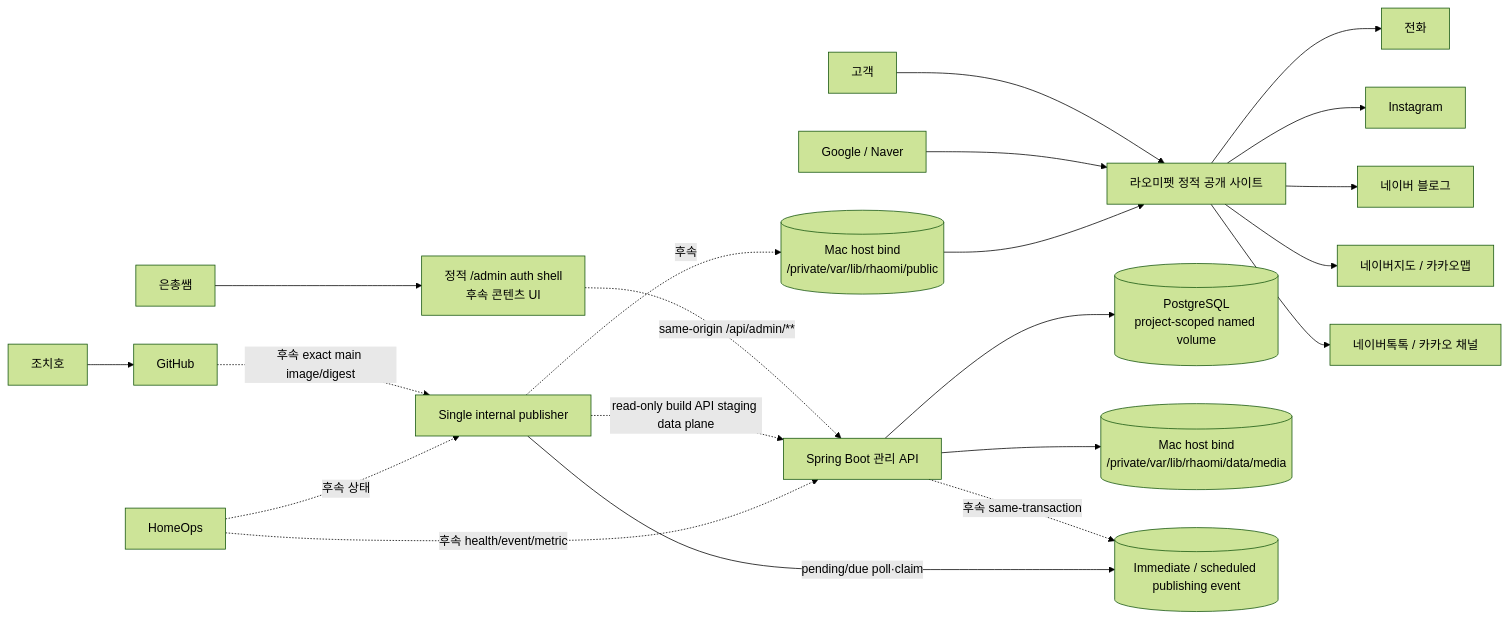
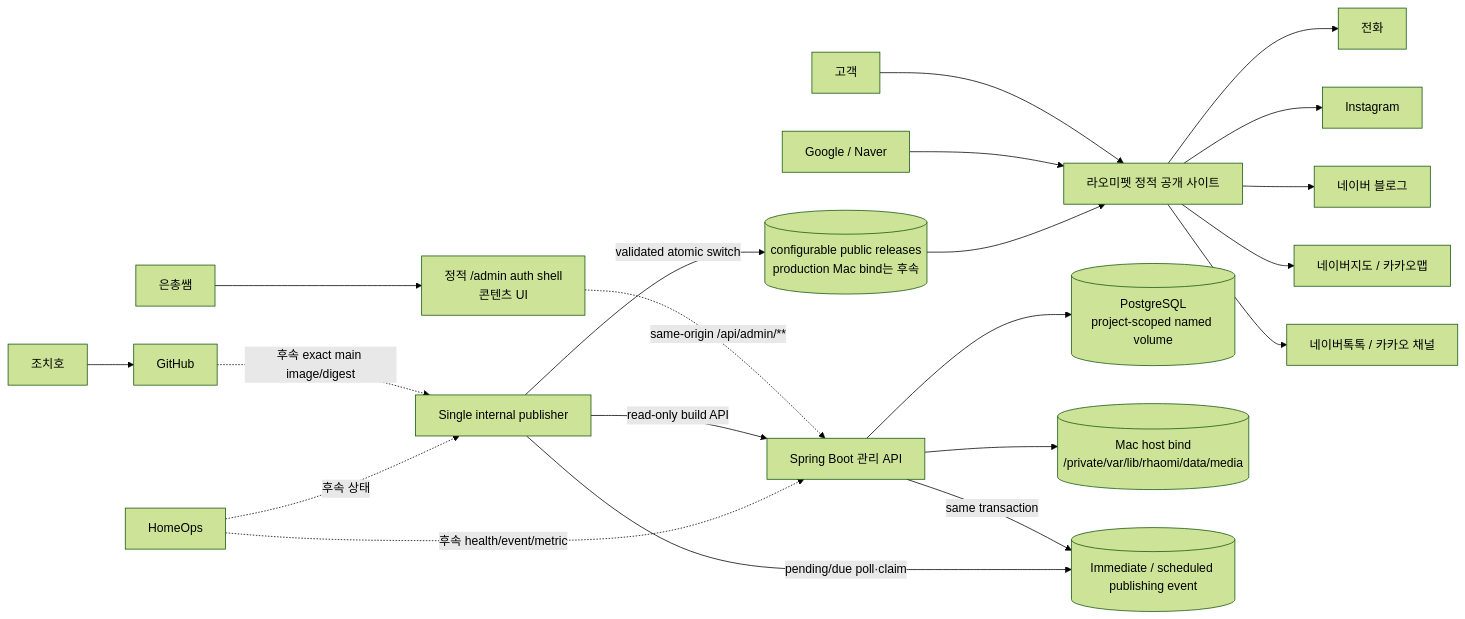
The diagram in docs/04-architecture/system-context.md (xxh3898/Rhaomi), drawn with Mermaid (forest theme) before and after one commit. The commit also changed other lines of this file and 80 other files, not shown here.

First line of the commit message:
feat: Phase 1C-8f7 Next render·atomic release switch 구축 (#43)

````diff
--- a/docs/04-architecture/system-context.md
+++ b/docs/04-architecture/system-context.md
@@ -18,25 +18,25 @@
 ```mermaid
 flowchart LR
     Customer[고객] --> PublicSite[라오미펫 정적 공개 사이트]
     Search[Google / Naver] --> PublicSite
     PublicSite --> Phone[전화]
     PublicSite --> Instagram[Instagram]
     PublicSite --> Blog[네이버 블로그]
     PublicSite --> Maps[네이버지도 / 카카오맵]
     PublicSite --> Talk[네이버톡톡 / 카카오 채널]
 
-    Owner[은총쌤] --> AdminUI[정적 /admin auth shell<br/>후속 콘텐츠 UI]
+    Owner[은총쌤] --> AdminUI[정적 /admin auth shell<br/>콘텐츠 UI]
     AdminUI -. same-origin /api/admin/** .-> Backend[Spring Boot 관리 API]
     Backend --> PostgreSQL[(PostgreSQL<br/>project-scoped named volume)]
     Backend --> Uploads[(Mac host bind<br/>/private/var/lib/rhaomi/data/media)]
-    Backend -. 후속 same-transaction .-> Outbox[(Immediate / scheduled publishing event)]
+    Backend -->|same transaction| Outbox[(Immediate / scheduled publishing event)]
     Publisher[Single internal publisher] -->|pending/due poll·claim| Outbox
-    Publisher -. read-only build API staging data plane .-> Backend
-    Publisher -. 후속 .-> Releases[(Mac host bind<br/>/private/var/lib/rhaomi/public)]
+    Publisher -->|read-only build API| Backend
+    Publisher -->|validated atomic switch| Releases[(configurable public releases<br/>production Mac bind는 후속)]
     Releases --> PublicSite
 
     Developer[조치호] --> GitHub[GitHub]
     GitHub -. 후속 exact main image/digest .-> Publisher
     HomeOps[HomeOps] -. 후속 health/event/metric .-> Backend
     HomeOps -. 후속 상태 .-> Publisher
 ```
````
